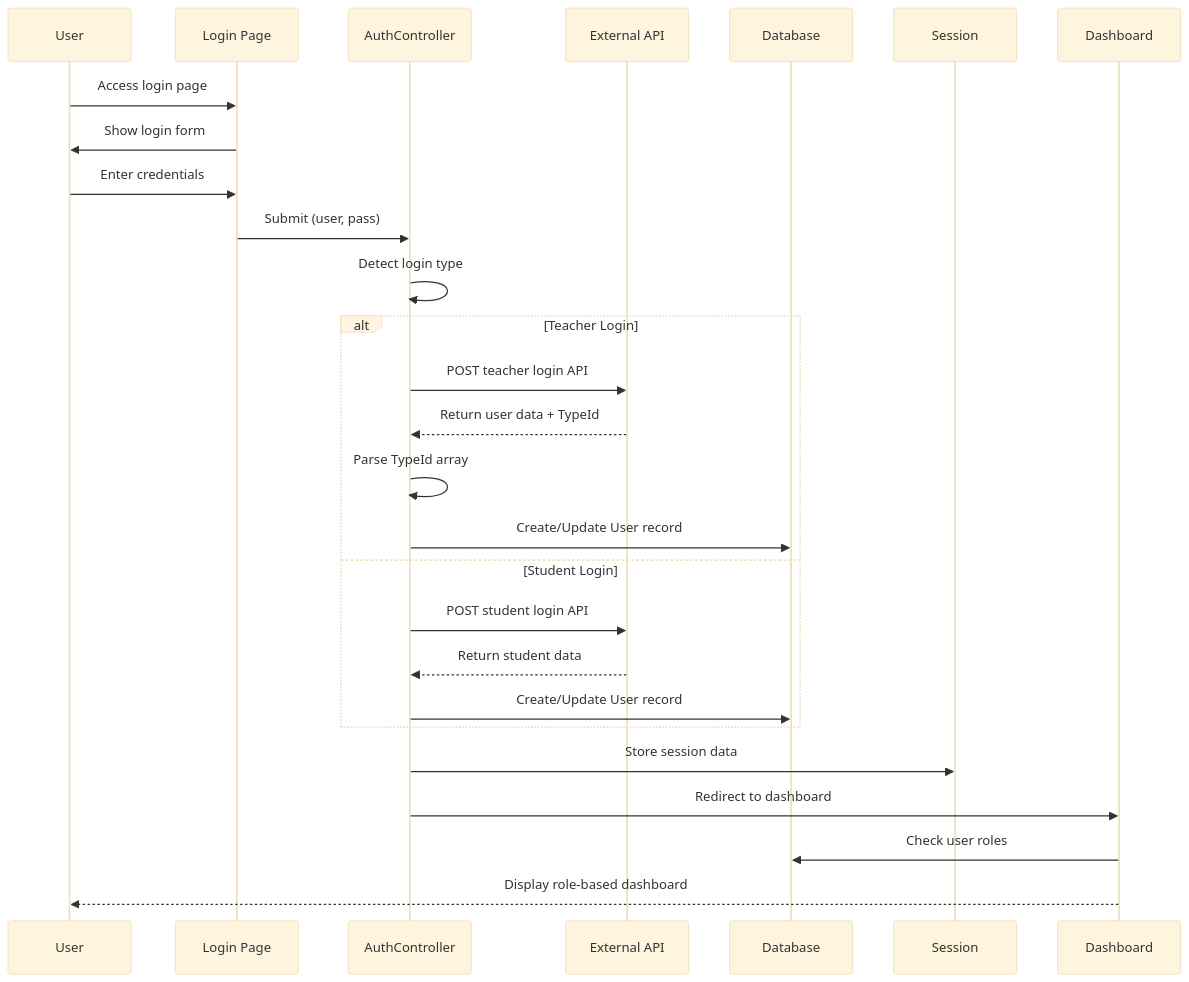
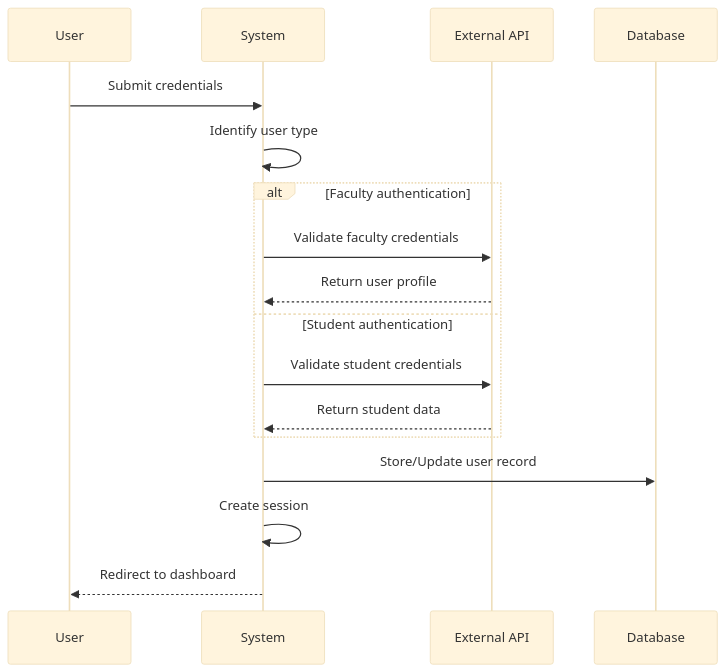
The first of 16 diagrams in sequence.md (abdullah2323442/thesisrepo-backup), drawn with Mermaid (base theme) before and after one commit. The commit also changed other lines of this file, not shown here.

Commit message:
refactor(sequence-diagrams): Revise sequence diagrams for improved clarity and organization of system workflows

````diff
--- a/sequence.md
+++ b/sequence.md
@@ -20,32 +16,22 @@
 ```mermaid
 sequenceDiagram
-    participant U as User
-    participant L as Login Page
-    participant AC as AuthController
-    participant API as External API
-    participant DB as Database
-    participant S as Session
-    participant D as Dashboard
+    participant User
+    participant System
+    participant External API
+    participant Database
 
-    U->>L: Access login page
-    L->>U: Show login form
-    U->>L: Enter credentials
-    L->>AC: Submit (user, pass)
-    AC->>AC: Detect login type
+    User->>System: Submit credentials
+    System->>System: Identify user type
     
-    alt Teacher Login
-        AC->>API: POST teacher login API
-        API-->>AC: Return user data + TypeId
-        AC->>AC: Parse TypeId array
-        AC->>DB: Create/Update User record
-    else Student Login
-        AC->>API: POST student login API
-        API-->>AC: Return student data
-        AC->>DB: Create/Update User record
+    alt Faculty authentication
+        System->>External API: Validate faculty credentials
+        External API-->>System: Return user profile
+    else Student authentication
+        System->>External API: Validate student credentials
+        External API-->>System: Return student data
     end
     
-    AC->>S: Store session data
-    AC->>D: Redirect to dashboard
-    D->>DB: Check user roles
-    D-->>U: Display role-based dashboard
+    System->>Database: Store/Update user record
+    System->>System: Create session
+    System-->>User: Redirect to dashboard
 ```
````
